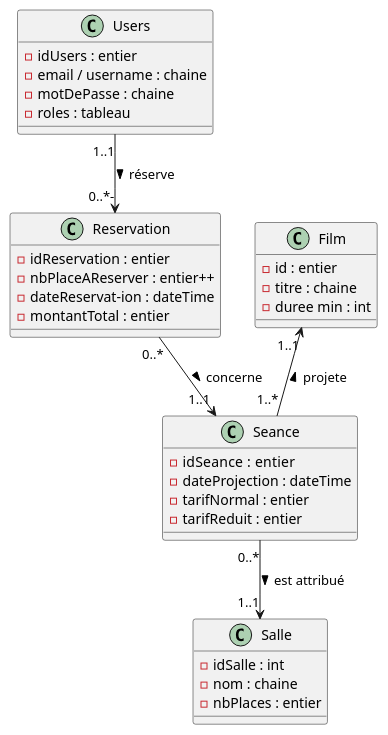
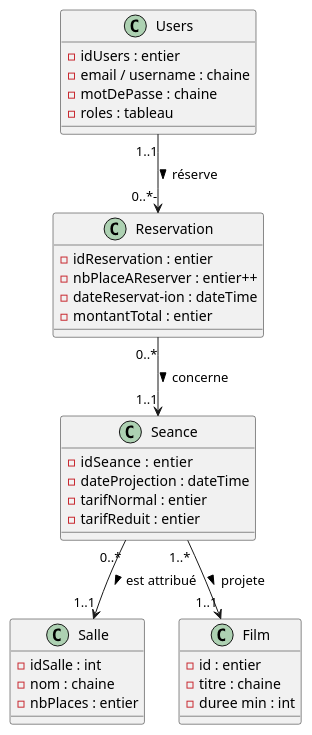
One commit to fadel-amar/Api_cinema changed the diagram in documentation/diagramme_de_classe.puml. Above: the diagram before and after it, drawn with PlantUML. The commit also changed 13 other files, not shown here.

```diff
--- a/documentation/diagramme_de_classe.puml
+++ b/documentation/diagramme_de_classe.puml
@@ -1,47 +1,47 @@
 @startuml
 'https://plantuml.com/class-diagram
 'skinparam classAttributeIconSize 0
 
 
 Class Salle {
 - idSalle : int
 - nom : chaine
 - nbPlaces : entier
 }
 
 
 Class Seance {
 - idSeance  : entier
 - dateProjection : dateTime
 - tarifNormal : entier
 - tarifReduit : entier
 }
 
 
 Class Users {
 - idUsers : entier
 - email / username : chaine
 - motDePasse : chaine
 - roles : tableau
 }
 
 Class Reservation {
 - idReservation : entier
 - nbPlaceAReserver : entier++
 - dateReservat-ion : dateTime
 - montantTotal : entier
 }
 
 Class Film {
 - id : entier
 - titre : chaine
 - duree min : int
 }
 
 
 
 Seance "0..*" --> "1..1" Salle : est attribué >
-Film "1..1" <-- "1..*" Seance : projete <
+Seance "1..*" --> "1..1" Film : projete >
 Users "1..1" --> "0..*-" Reservation : réserve >
 Reservation "0..*" --> "1..1" Seance : concerne >
 @enduml
```
